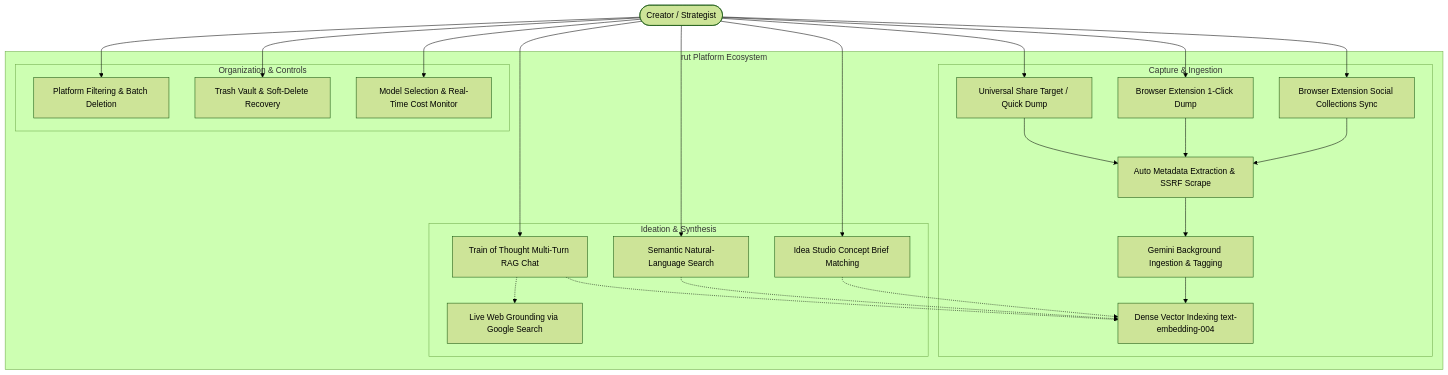
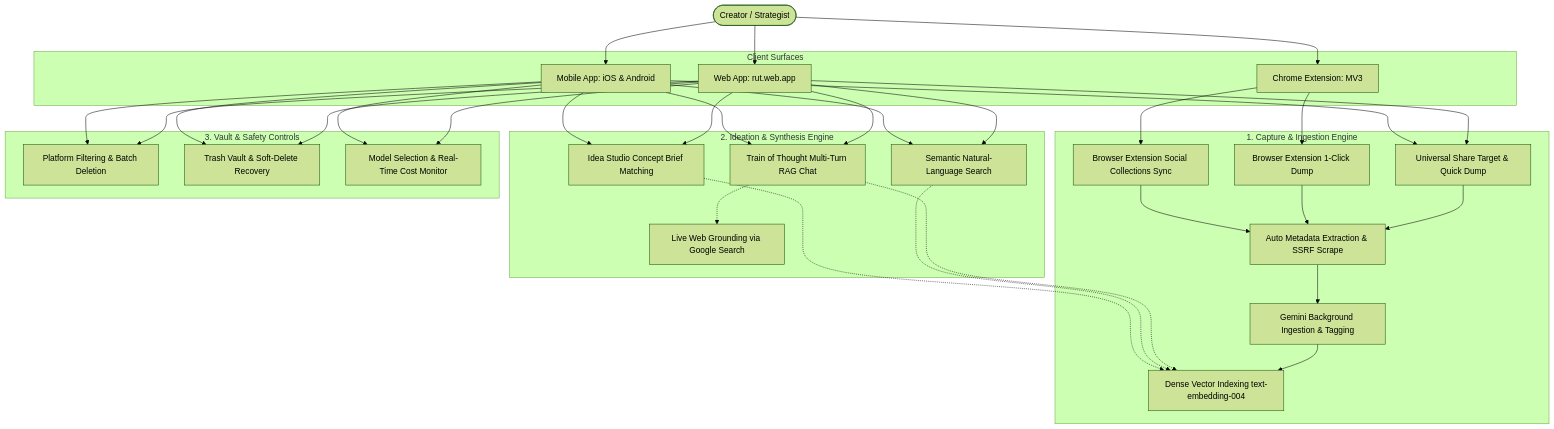
One commit to ernestpascual/rut-app changed the first of 6 diagrams in submission.md. Above: the diagram before and after it, drawn with Mermaid (forest theme). The commit also changed other lines of this file, not shown here.

Commit message:
docs: enrich submission.md with explicit Web, Mobile (iOS/Android), and Chrome Extension tri-surface ecosystem

````diff
--- a/submission.md
+++ b/submission.md
@@ -50,48 +66,65 @@
 ```mermaid
 flowchart TD
     User([Creator / Strategist])
     
-    subgraph RutEcosystem ["rut Platform Ecosystem"]
-        subgraph CaptureWorkflows ["Capture & Ingestion"]
-            UC1[Universal Share Target / Quick Dump]
-            UC2[Browser Extension 1-Click Dump]
-            UC3[Browser Extension Social Collections Sync]
-            UC4[Auto Metadata Extraction & SSRF Scrape]
-            UC5[Gemini Background Ingestion & Tagging]
-            UC6[Dense Vector Indexing text-embedding-004]
-        end
-        
-        subgraph IdeationWorkflows ["Ideation & Synthesis"]
-            UC7[Semantic Natural-Language Search]
-            UC8[Train of Thought Multi-Turn RAG Chat]
-            UC9[Live Web Grounding via Google Search]
-            UC10[Idea Studio Concept Brief Matching]
-        end
-        
-        subgraph VaultManagement ["Organization & Controls"]
-            UC11[Platform Filtering & Batch Deletion]
-            UC12[Trash Vault & Soft-Delete Recovery]
-            UC13[Model Selection & Real-Time Cost Monitor]
-        end
+    subgraph ClientSurfaces ["Client Surfaces"]
+        Web[Web App: rut.web.app]
+        Mobile[Mobile App: iOS & Android]
+        Ext[Chrome Extension: MV3]
+    end
+
+    subgraph CaptureWorkflows ["1. Capture & Ingestion Engine"]
+        UC1[Universal Share Target & Quick Dump]
+        UC2[Browser Extension 1-Click Dump]
+        UC3[Browser Extension Social Collections Sync]
+        UC4[Auto Metadata Extraction & SSRF Scrape]
+        UC5[Gemini Background Ingestion & Tagging]
+        UC6[Dense Vector Indexing text-embedding-004]
     end
     
-    User --> UC1
-    User --> UC2
-    User --> UC3
-    User --> UC7
-    User --> UC8
-    User --> UC10
-    User --> UC11
-    User --> UC12
-    User --> UC13
+    subgraph IdeationWorkflows ["2. Ideation & Synthesis Engine"]
+        UC7[Semantic Natural-Language Search]
+        UC8[Train of Thought Multi-Turn RAG Chat]
+        UC9[Live Web Grounding via Google Search]
+        UC10[Idea Studio Concept Brief Matching]
+    end
+    
+    subgraph VaultManagement ["3. Vault & Safety Controls"]
+        UC11[Platform Filtering & Batch Deletion]
+        UC12[Trash Vault & Soft-Delete Recovery]
+        UC13[Model Selection & Real-Time Cost Monitor]
+    end
+    
+    User --> Web
+    User --> Mobile
+    User --> Ext
+    
+    Web --> UC1
+    Web --> UC7
+    Web --> UC8
+    Web --> UC10
+    Web --> UC11
+    Web --> UC12
+    Web --> UC13
+    
+    Mobile --> UC1
+    Mobile --> UC7
+    Mobile --> UC8
+    Mobile --> UC10
+    Mobile --> UC11
+    Mobile --> UC12
+    Mobile --> UC13
+    
+    Ext --> UC2
+    Ext --> UC3
     
     UC1 --> UC4
     UC2 --> UC4
     UC3 --> UC4
     UC4 --> UC5
     UC5 --> UC6
     UC8 -.-> UC9
     UC8 -.-> UC6
     UC7 -.-> UC6
     UC10 -.-> UC6
 ```
````
